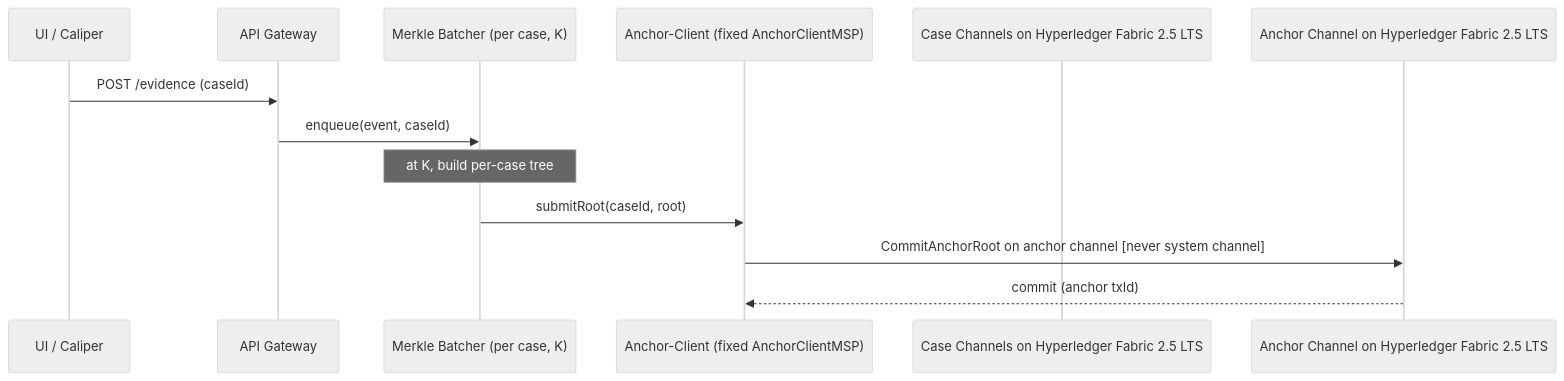
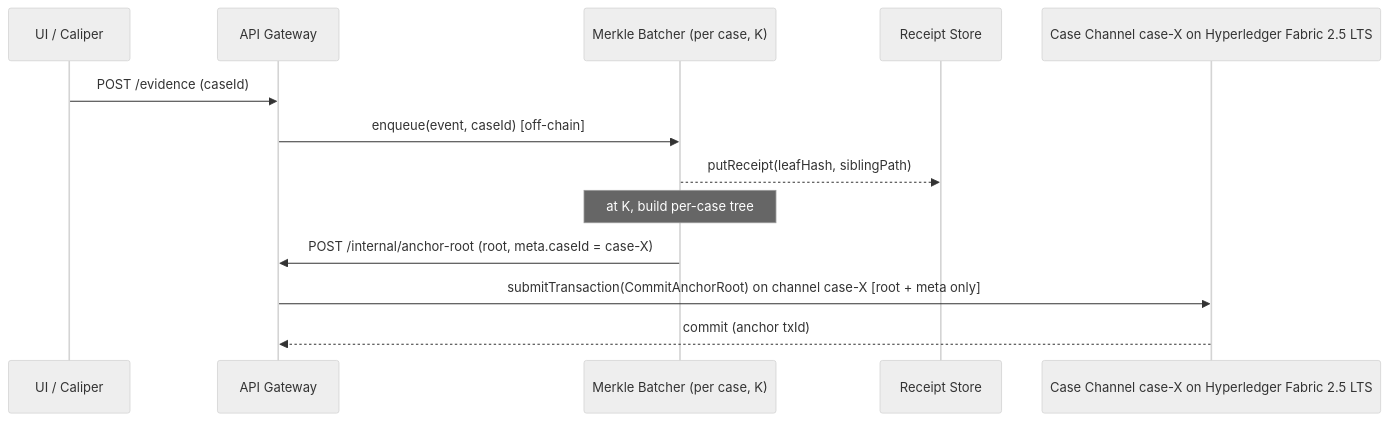
Before and after one commit to theflorist18/GLEIPNIR: the fourth of 4 diagrams in docs/ARCHITECTURE.md, drawn with Mermaid (neutral theme). The commit also changed other lines of this file and 56 other files, not shown here.

````diff
--- a/docs/ARCHITECTURE.md
+++ b/docs/ARCHITECTURE.md
@@ -401,15 +401,15 @@
 ```mermaid
 sequenceDiagram
   participant U as UI / Caliper
   participant G as API Gateway
   participant B as Merkle Batcher (per case, K)
-  participant A as Anchor-Client (fixed AnchorClientMSP)
-  participant PC as Case Channels on Hyperledger Fabric 2.5 LTS
-  participant AC as Anchor Channel on Hyperledger Fabric 2.5 LTS
+  participant R as Receipt Store
+  participant PC as Case Channel case-X on Hyperledger Fabric 2.5 LTS
   U->>G: POST /evidence (caseId)
-  G->>B: enqueue(event, caseId)
+  G->>B: enqueue(event, caseId)  [off-chain]
+  B-->>R: putReceipt(leafHash, siblingPath)
   Note over B: at K, build per-case tree
-  B->>A: submitRoot(caseId, root)
-  A->>AC: CommitAnchorRoot on anchor channel [never system channel]
-  AC-->>A: commit (anchor txId)
+  B->>G: POST /internal/anchor-root (root, meta.caseId = case-X)
+  G->>PC: submitTransaction(CommitAnchorRoot) on channel case-X [root + meta only]
+  PC-->>G: commit (anchor txId)
 ```
````
